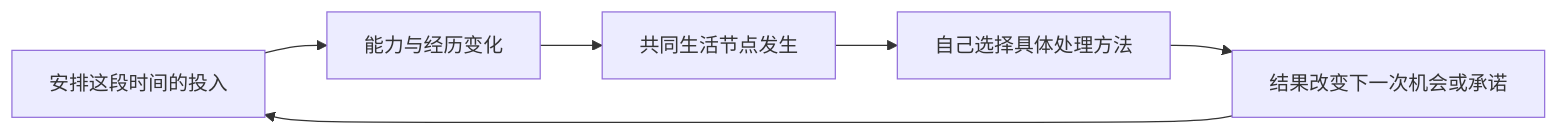
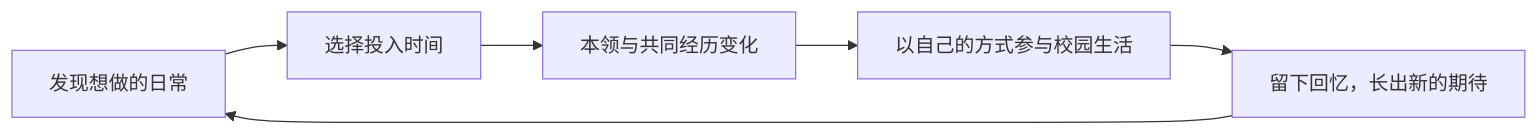
The diagram in docs/china-mvp-scope.md (yuki-uix/life-sim-product-study), drawn with Mermaid before and after one commit. The commit also changed other lines of this file and 4 other files, not shown here.

````diff
--- a/docs/china-mvp-scope.md
+++ b/docs/china-mvp-scope.md
@@ -15,8 +15,8 @@
 ```mermaid
 flowchart LR
-    A[安排这段时间的投入] --> B[能力与经历变化]
-    B --> C[共同生活节点发生]
-    C --> D[自己选择具体处理方法]
-    D --> E[结果改变下一次机会或承诺]
+    A[发现想做的日常] --> B[选择投入时间]
+    B --> C[本领与共同经历变化]
+    C --> D[以自己的方式参与校园生活]
+    D --> E[留下回忆，长出新的期待]
     E --> A
 ```
````
